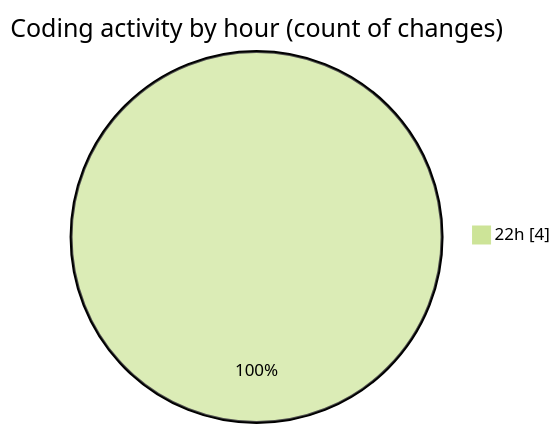
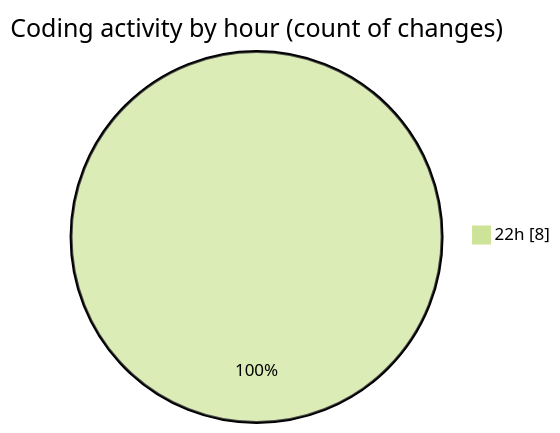
One commit to ernivani/code-tracking changed the second of 2 diagrams in 2025-01-03/leetcode-solutions/README.md. Above: the diagram before and after it, drawn with Mermaid (forest theme). The commit also changed other lines of this file and 1 other file, not shown here.

````diff
--- a/2025-01-03/leetcode-solutions/README.md
+++ b/2025-01-03/leetcode-solutions/README.md
@@ -28,5 +28,5 @@
 ```mermaid
 pie showData
 title Coding activity by hour (count of changes)
-"22h" : 4
+"22h" : 8
 ```
````
